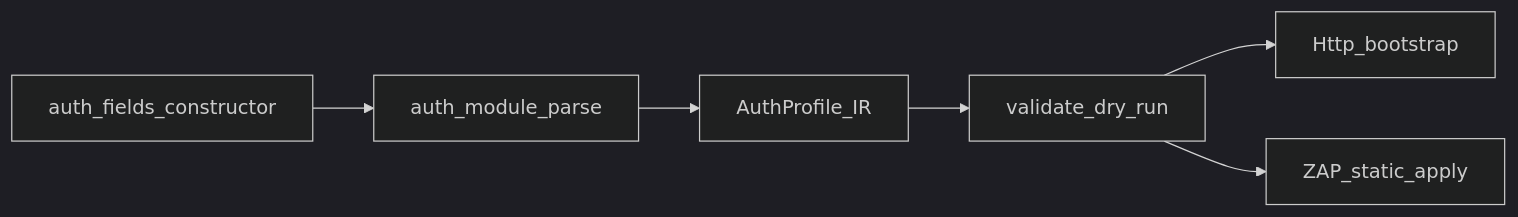
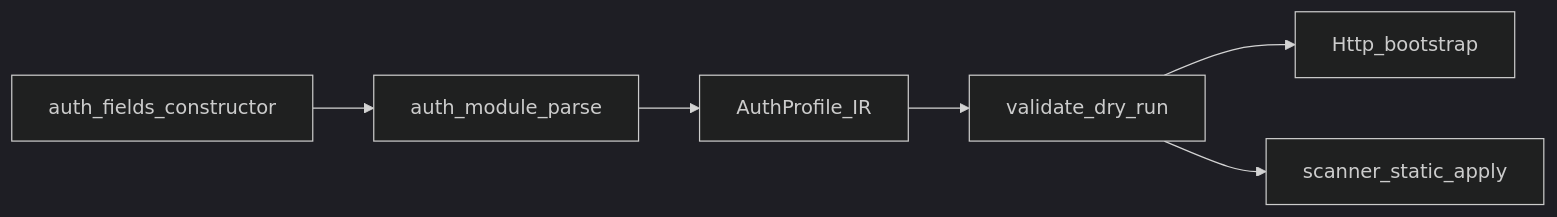
One commit to prettyk-io/prettyk-secops changed the second of 3 diagrams in sanctuary/pure/MODULES-SKELETON.md. Above: the diagram before and after it, drawn with Mermaid (dark theme). The commit also changed other lines of this file and 638 other files, not shown here.

````diff
--- a/sanctuary/pure/MODULES-SKELETON.md
+++ b/sanctuary/pure/MODULES-SKELETON.md
@@ -170,8 +170,8 @@
 ```mermaid
 flowchart LR
   Canvas[auth_fields_constructor] --> Parse[auth_module_parse]
   Parse --> IR[AuthProfile_IR]
   IR --> Val[validate_dry_run]
   Val --> Http[Http_bootstrap]
-  Val --> ZapStatic[ZAP_static_apply]
+  Val --> scannerStatic[scanner_static_apply]
 ```
````
